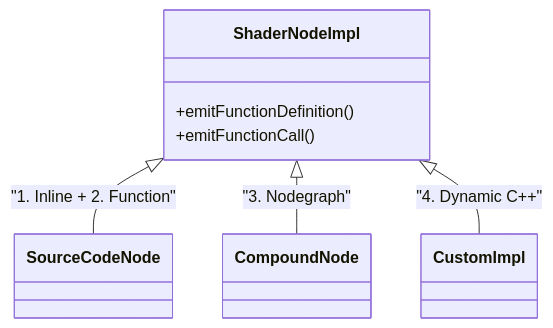
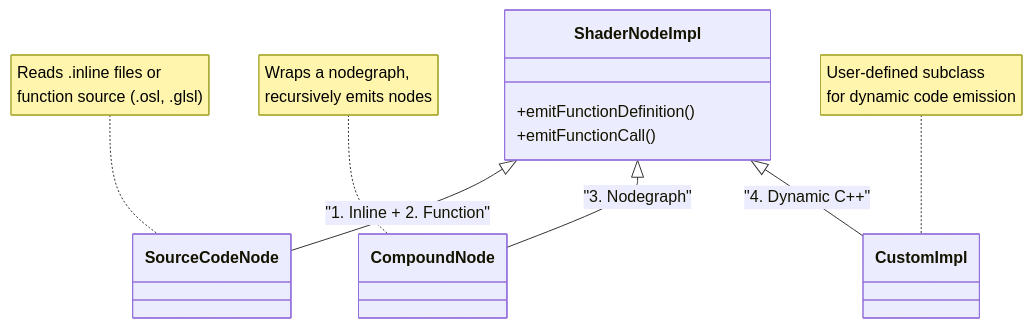
One commit to metashade/metashade changed the first of 3 diagrams in metashade/mtlx/README.md. Above: the diagram before and after it, drawn with Mermaid. The commit also changed other lines of this file, not shown here.

Commit message:
Deslopify 2

````diff
--- a/metashade/mtlx/README.md
+++ b/metashade/mtlx/README.md
@@ -36,11 +36,18 @@
 ```mermaid
 classDiagram
     class ShaderNodeImpl {
         +emitFunctionDefinition()
         +emitFunctionCall()
     }
     
     ShaderNodeImpl <|-- SourceCodeNode : "1. Inline + 2. Function"
     ShaderNodeImpl <|-- CompoundNode : "3. Nodegraph"
     ShaderNodeImpl <|-- CustomImpl : "4. Dynamic C++"
+    
+    note for SourceCodeNode "Reads .inline files or
+    function source (.osl, .glsl)"
+    note for CompoundNode "Wraps a nodegraph,
+    recursively emits nodes"
+    note for CustomImpl "User-defined subclass
+    for dynamic code emission"
 ```
````
